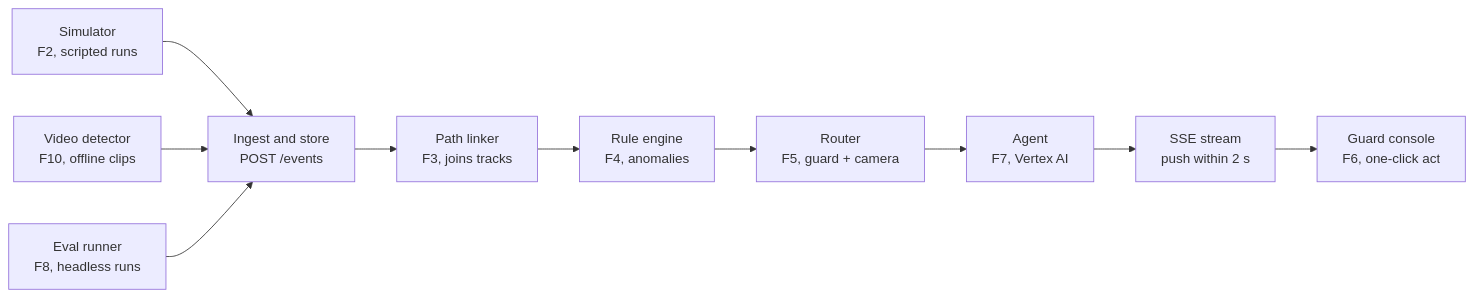
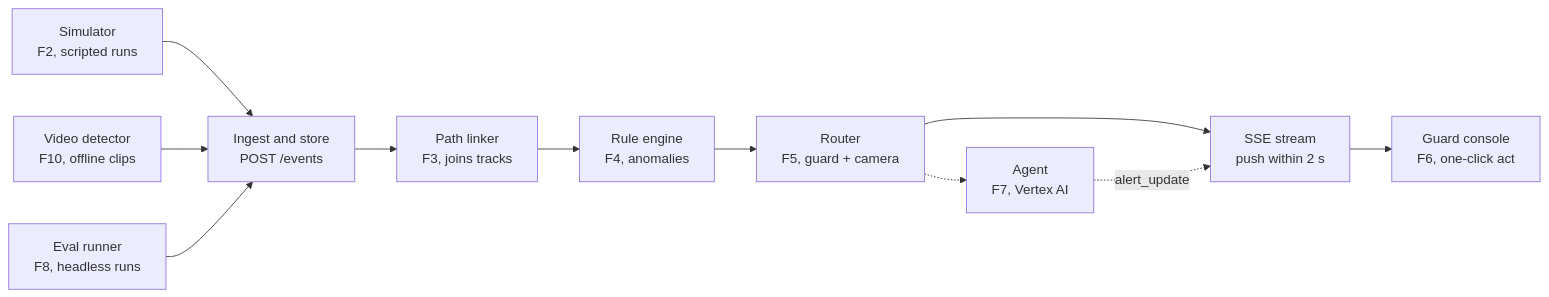
One commit to SkyLee310/JagaLink changed the diagram in docs/TECH_SPEC.md. Above: the diagram before and after it, drawn with Mermaid. The commit also changed other lines of this file and 1 other file, not shown here.

````diff
--- a/docs/TECH_SPEC.md
+++ b/docs/TECH_SPEC.md
@@ -45,12 +45,13 @@
 ```mermaid
 flowchart LR
     SIM["Simulator<br/>F2, scripted runs"] --> ING
     VID["Video detector<br/>F10, offline clips"] --> ING
     EVR["Eval runner<br/>F8, headless runs"] --> ING
     ING["Ingest and store<br/>POST /events"] --> LNK["Path linker<br/>F3, joins tracks"]
     LNK --> RUL["Rule engine<br/>F4, anomalies"]
     RUL --> RTR["Router<br/>F5, guard + camera"]
-    RTR --> AGT["Agent<br/>F7, Vertex AI"]
-    AGT --> SSE["SSE stream<br/>push within 2 s"]
+    RTR --> SSE["SSE stream<br/>push within 2 s"]
+    RTR -.-> AGT["Agent<br/>F7, Vertex AI"]
+    AGT -. "alert_update" .-> SSE
     SSE --> CON["Guard console<br/>F6, one-click act"]
 ```
````
